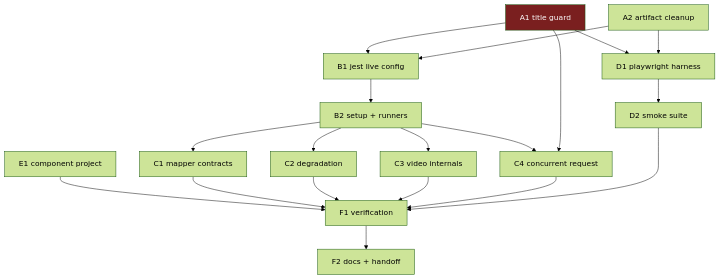
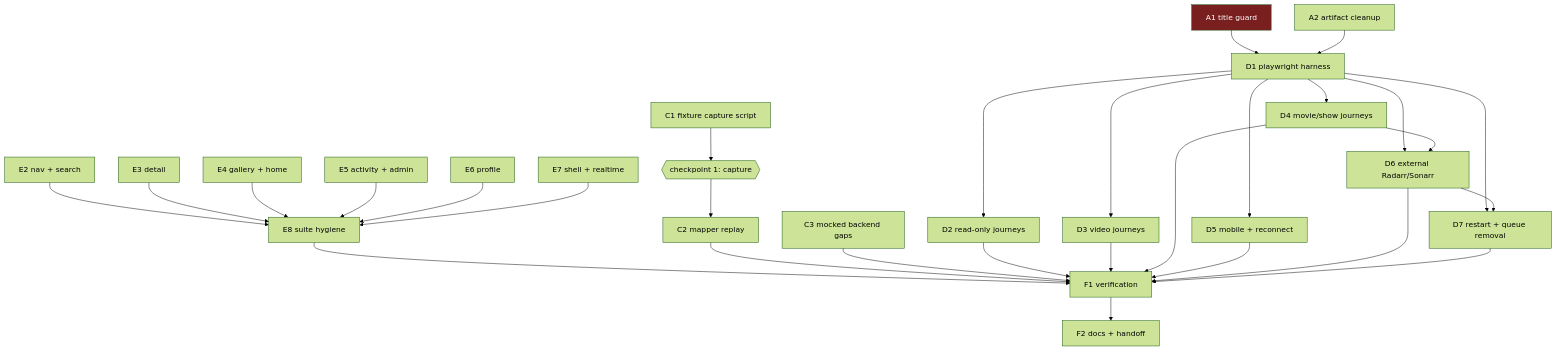
Before and after one commit to codemonkey800/lilnas: the third of 3 diagrams in docs/features/download/plans/002-live-functional-tests.md, drawn with Mermaid (forest theme). The commit also changed other lines of this file, not shown here.

First line of the commit message:
docs(download): revise plan 002 to drop the live Jest tier

````diff
--- a/docs/features/download/plans/002-live-functional-tests.md
+++ b/docs/features/download/plans/002-live-functional-tests.md
@@ -1172,23 +2350,34 @@
 ```mermaid
 graph TD
-  A1[A1 title guard] --> B1[B1 jest live config]
-  A2[A2 artifact cleanup] --> B1
-  A1 --> D1[D1 playwright harness]
-  A2 --> D1
-  B1 --> B2[B2 setup + runners]
-  B2 --> C1[C1 mapper contracts]
-  B2 --> C2[C2 degradation]
-  B2 --> C3[C3 video internals]
-  B2 --> C4[C4 concurrent request]
-  A1 --> C4
-  D1 --> D2[D2 smoke suite]
-  E1[E1 component project] --> F1[F1 verification]
-  C1 --> F1
+  A1[A1 title guard] --> D1[D1 playwright harness]
+  A2[A2 artifact cleanup] --> D1
+  C1[C1 fixture capture script] --> CP1{{checkpoint 1: capture}}
+  CP1 --> C2[C2 mapper replay]
+  C3[C3 mocked backend gaps]
+  D1 --> D2[D2 read-only journeys]
+  D1 --> D3[D3 video journeys]
+  D1 --> D4[D4 movie/show journeys]
+  D1 --> D5[D5 mobile + reconnect]
+  D1 --> D6[D6 external Radarr/Sonarr]
+  D4 --> D6
+  D1 --> D7[D7 restart + queue removal]
+  D6 --> D7
+  E2[E2 nav + search] --> E8[E8 suite hygiene]
+  E3[E3 detail] --> E8
+  E4[E4 gallery + home] --> E8
+  E5[E5 activity + admin] --> E8
+  E6[E6 profile] --> E8
+  E7[E7 shell + realtime] --> E8
+  E8 --> F1[F1 verification]
   C2 --> F1
   C3 --> F1
-  C4 --> F1
   D2 --> F1
+  D3 --> F1
+  D4 --> F1
+  D5 --> F1
+  D6 --> F1
+  D7 --> F1
   F1 --> F2[F2 docs + handoff]
 
   style A1 fill:#7a1f1f,color:#fff
 ```
````
